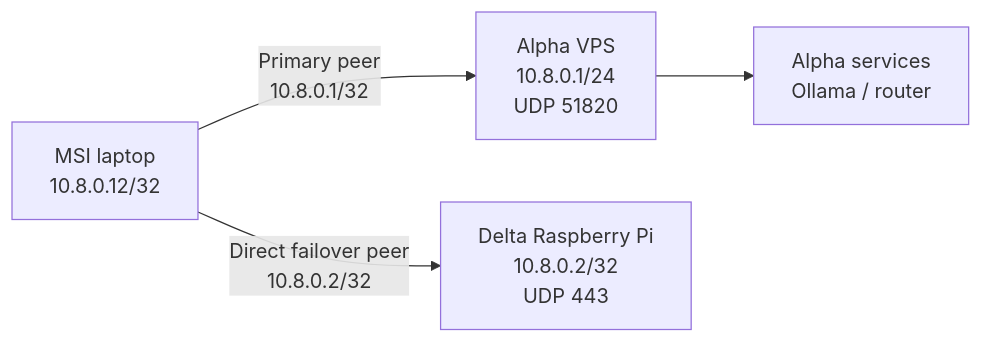
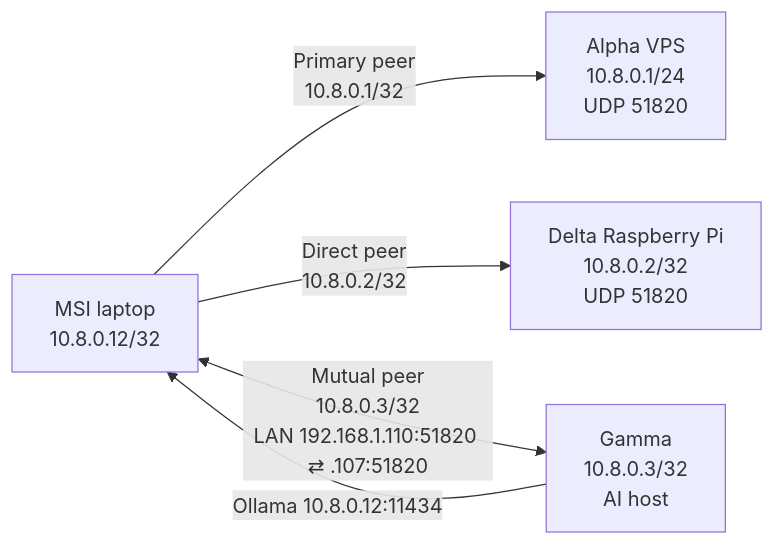
The diagram in content/docs/laptop-msi/wireguard.mdx (Manuel0516/zero-five-handbook), drawn with Mermaid before and after one commit. The commit also changed other lines of this file and 7 other files, not shown here.

First line of the commit message:
Diagrams + roles: MSI is live AI backend wired to gamma; iPhone/MacBook dual connection paths; delta IP numbering plan made explicit

````diff
--- a/content/docs/laptop-msi/wireguard.mdx
+++ b/content/docs/laptop-msi/wireguard.mdx
@@ -12,6 +13,7 @@
 ```mermaid
 flowchart LR
     msi["MSI laptop<br/>10.8.0.12/32"] -->|"Primary peer<br/>10.8.0.1/32"| alpha["Alpha VPS<br/>10.8.0.1/24<br/>UDP 51820"]
-    msi -->|"Direct failover peer<br/>10.8.0.2/32"| delta["Delta Raspberry Pi<br/>10.8.0.2/32<br/>UDP 443"]
-    alpha --> services["Alpha services<br/>Ollama / router"]
+    msi -->|"Direct peer<br/>10.8.0.2/32"| delta["Delta Raspberry Pi<br/>10.8.0.2/32<br/>UDP 51820"]
+    msi <-->|"Mutual peer<br/>10.8.0.3/32<br/>LAN 192.168.1.110:51820 ⇄ .107:51820"| gamma["Gamma<br/>10.8.0.3/32<br/>AI host"]
+    gamma -->|"Ollama 10.8.0.12:11434"| msi
 ```
````
